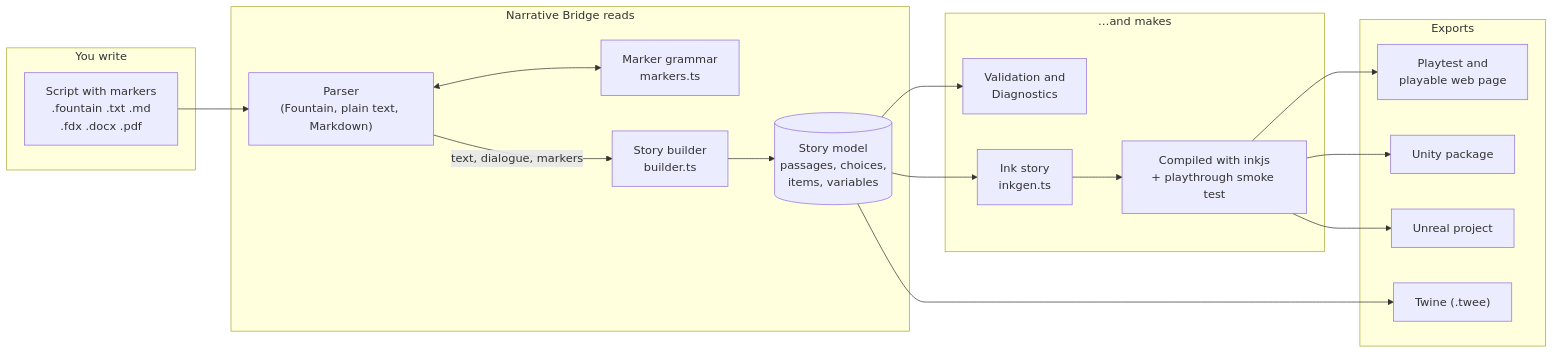
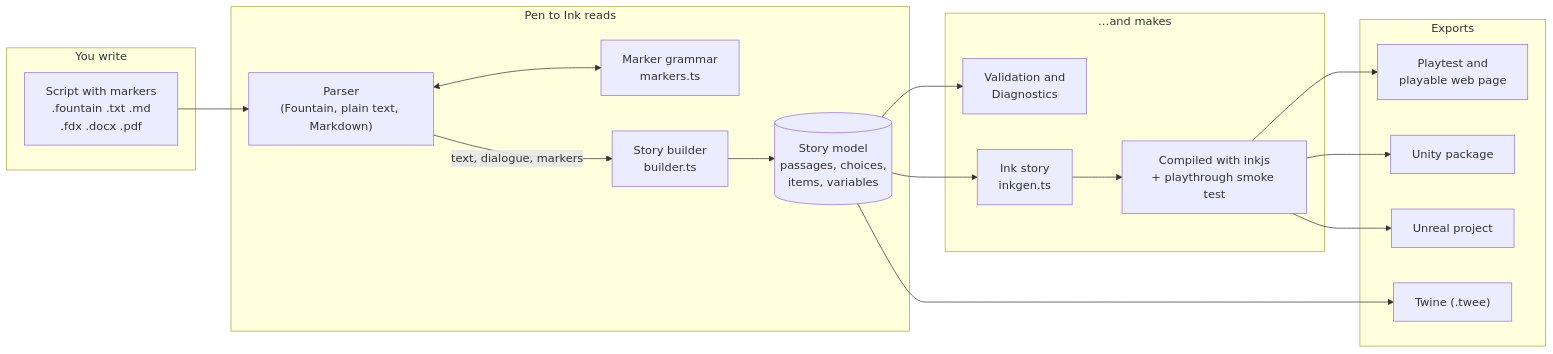
The first of 5 diagrams in docs/STRUCTURED_MARKERS.md (FlamingAirplane/Script-to-Game-Converter), drawn with Mermaid before and after one commit. The commit also changed other lines of this file and 80 other files, not shown here.

First line of the commit message:
Rename to Pen to Ink and redesign the app and website

````diff
--- a/docs/STRUCTURED_MARKERS.md
+++ b/docs/STRUCTURED_MARKERS.md
@@ -34,34 +34,34 @@
 ```mermaid
 flowchart LR
     subgraph Write["You write"]
         S["Script with markers<br/>.fountain .txt .md<br/>.fdx .docx .pdf"]
     end
-    subgraph Read["Narrative Bridge reads"]
+    subgraph Read["Pen to Ink reads"]
         P["Parser<br/>(Fountain, plain text, Markdown)"]
         M["Marker grammar<br/>markers.ts"]
         B["Story builder<br/>builder.ts"]
         ISR[("Story model<br/>passages, choices,<br/>items, variables")]
     end
     subgraph Make["…and makes"]
         V["Validation and<br/>Diagnostics"]
         INK["Ink story<br/>inkgen.ts"]
         C["Compiled with inkjs<br/>+ playthrough smoke test"]
     end
     subgraph Out["Exports"]
         PT["Playtest and<br/>playable web page"]
         TW["Twine (.twee)"]
         UN["Unity package"]
         UE["Unreal project"]
     end
     S --> P
     P <--> M
     P -->|"text, dialogue, markers"| B
     B --> ISR
     ISR --> V
     ISR --> INK
     INK --> C
     C --> PT
     C --> UN
     C --> UE
     ISR --> TW
 ```
````
